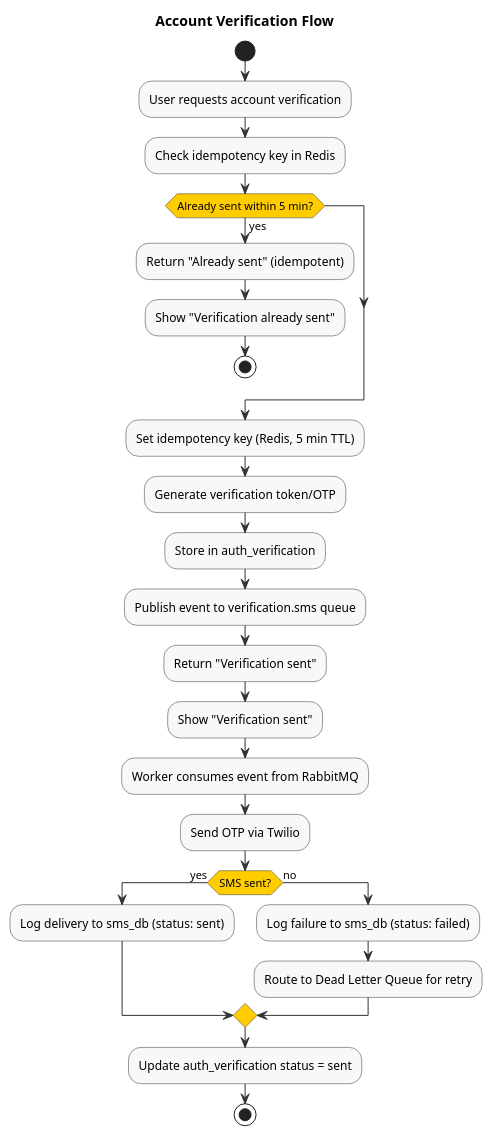
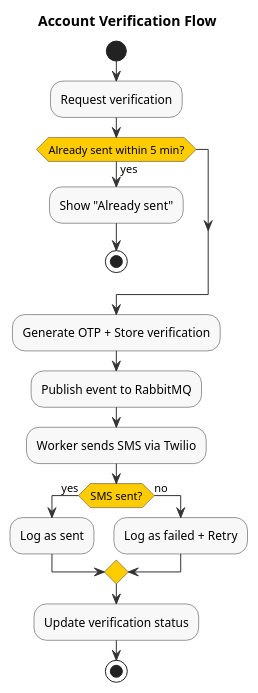
One commit to namnh240795/document changed the diagram in modules/auth/diagrams/activity/activity-diagram.puml. Above: the diagram before and after it, drawn with PlantUML. The commit also changed 35 other files, not shown here.

First line of the commit message:
Merge system flows with use cases in SRS, update diagrams and module docs

```diff
--- a/modules/auth/diagrams/activity/activity-diagram.puml
+++ b/modules/auth/diagrams/activity/activity-diagram.puml
@@ -1,56 +1,41 @@
 @startuml
 ' ============================================================
-' Activity Diagram - Account Verification Flow
-' Simplified without swimlanes
+' Activity Diagram - Account Verification (Compact for A4)
 ' ============================================================
 
 skinparam activity {
   BackgroundColor #F8F8F8
   BorderColor #333333
   ArrowColor #333333
   DiamondBackgroundColor #FFCC00
   DiamondBorderColor #333333
 }
 
 title Account Verification Flow
 
 start
 
-:User requests account verification;
-
-:Check idempotency key in Redis;
+:Request verification;
 
 if (Already sent within 5 min?) then (yes)
-  :Return "Already sent" (idempotent);
-  :Show "Verification already sent";
+  :Show "Already sent";
   stop
 endif
 
-:Set idempotency key (Redis, 5 min TTL);
+:Generate OTP + Store verification;
 
-:Generate verification token/OTP;
+:Publish event to RabbitMQ;
 
-:Store in auth_verification;
-
-:Publish event to verification.sms queue;
-
-:Return "Verification sent";
-
-:Show "Verification sent";
-
-:Worker consumes event from RabbitMQ;
-
-:Send OTP via Twilio;
+:Worker sends SMS via Twilio;
 
 if (SMS sent?) then (yes)
-  :Log delivery to sms_db (status: sent);
+  :Log as sent;
 else (no)
-  :Log failure to sms_db (status: failed);
-  :Route to Dead Letter Queue for retry;
+  :Log as failed + Retry;
 endif
 
-:Update auth_verification status = sent;
+:Update verification status;
 
 stop
 
 @enduml
```
